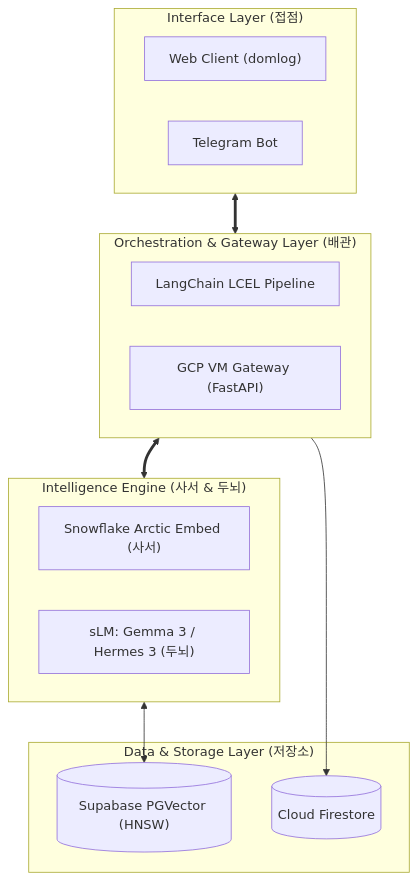
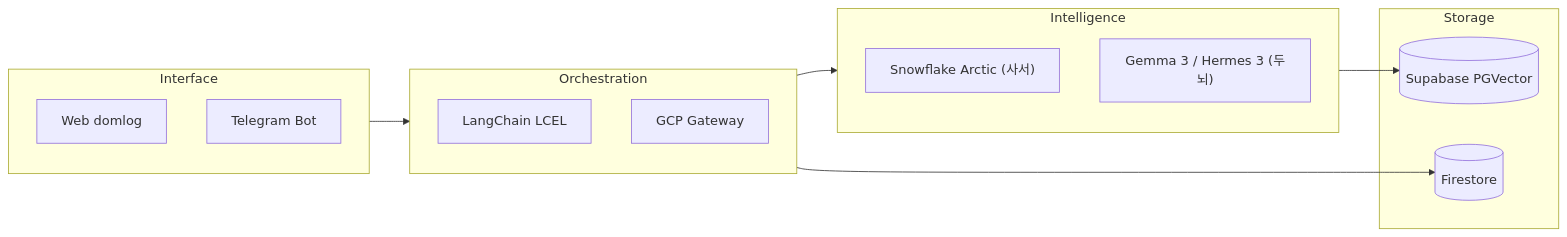
The diagram in content/posts/assist-edge-architecture-snowflake-slm-langchain.md (initbtn/blog), drawn with Mermaid before and after one commit.

Commit message:
refactor(diagram): Series 1 아키텍처 다이어그램을 270px 슬림 컴팩트 가로 스택(LR)으로 개편
- 높이를 3,368px -> 273px로 92% 압축하여 스크롤 없이 한 화면에 전체 아키텍처 노출
- Interface -> Orchestration -> Intelligence -> Storage 단일 가로 파이프라인 정렬

````diff
--- a/content/posts/assist-edge-architecture-snowflake-slm-langchain.md
+++ b/content/posts/assist-edge-architecture-snowflake-slm-langchain.md
@@ -47,32 +47,27 @@
 ```mermaid
-flowchart TD
-    %% 1. 인터페이스 계층
-    subgraph Tier1 ["Interface Layer (접점)"]
-        Web["Web Client (domlog)"]
-        Telegram["Telegram Bot"]
+flowchart LR
+    subgraph UI ["Interface"]
+        Web["Web domlog"]
+        TG["Telegram Bot"]
     end
 
-    %% 2. 오케스트레이션 & 게이트웨이 계층
-    subgraph Tier2 ["Orchestration & Gateway Layer (배관)"]
-        LCEL["LangChain LCEL Pipeline"]
-        Gateway["GCP VM Gateway (FastAPI)"]
+    subgraph Core ["Orchestration"]
+        LCEL["LangChain LCEL"]
+        GW["GCP Gateway"]
     end
 
-    %% 3. 지능 엔진 계층
-    subgraph Tier3 ["Intelligence Engine (사서 & 두뇌)"]
-        Snowflake["Snowflake Arctic Embed (사서)"]
-        SLM["sLM: Gemma 3 / Hermes 3 (두뇌)"]
+    subgraph Engine ["Intelligence"]
+        Arctic["Snowflake Arctic (사서)"]
+        SLM["Gemma 3 / Hermes 3 (두뇌)"]
     end
 
-    %% 4. 데이터 저장소 계층
-    subgraph Tier4 ["Data & Storage Layer (저장소)"]
-        PGVector[("Supabase PGVector (HNSW)")]
-        Firestore[("Cloud Firestore")]
+    subgraph Store ["Storage"]
+        PG[("Supabase PGVector")]
+        FS[("Firestore")]
     end
 
-    %% 계층 간 단일 상하 결합 흐름
-    Tier1 <==> Tier2
-    Tier2 <==> Tier3
-    Tier3 <--> PGVector
-    Tier2 --> Firestore
+    UI --> Core
+    Core --> Engine
+    Engine --> PG
+    Core --> FS
 ```
````
